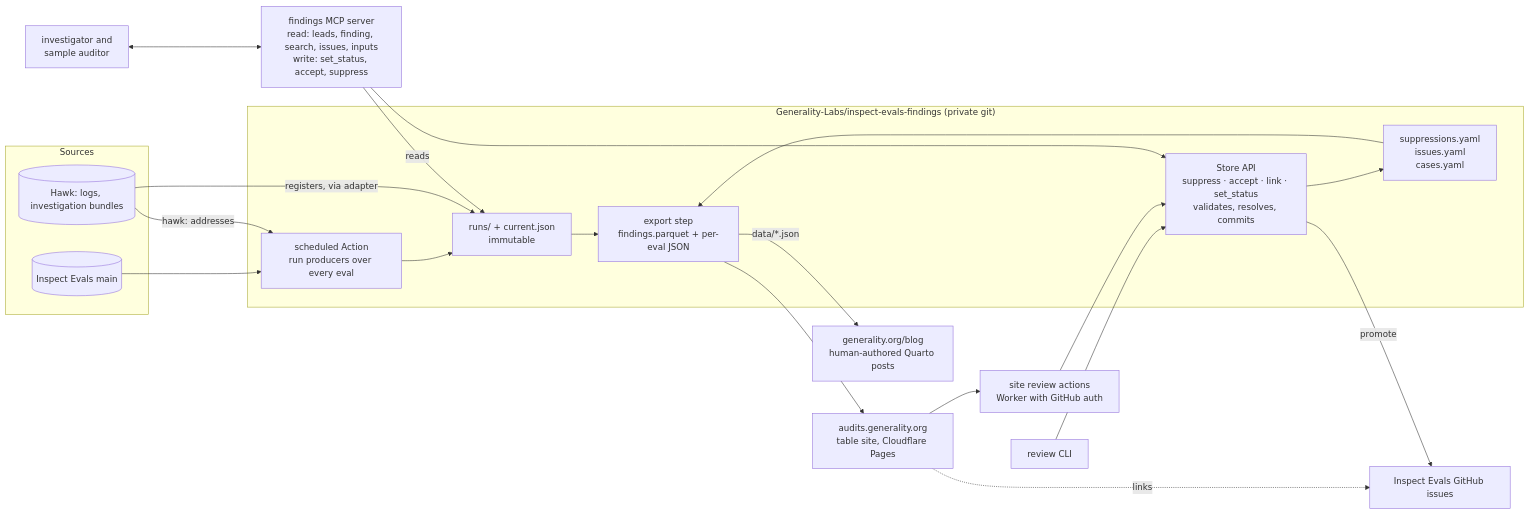
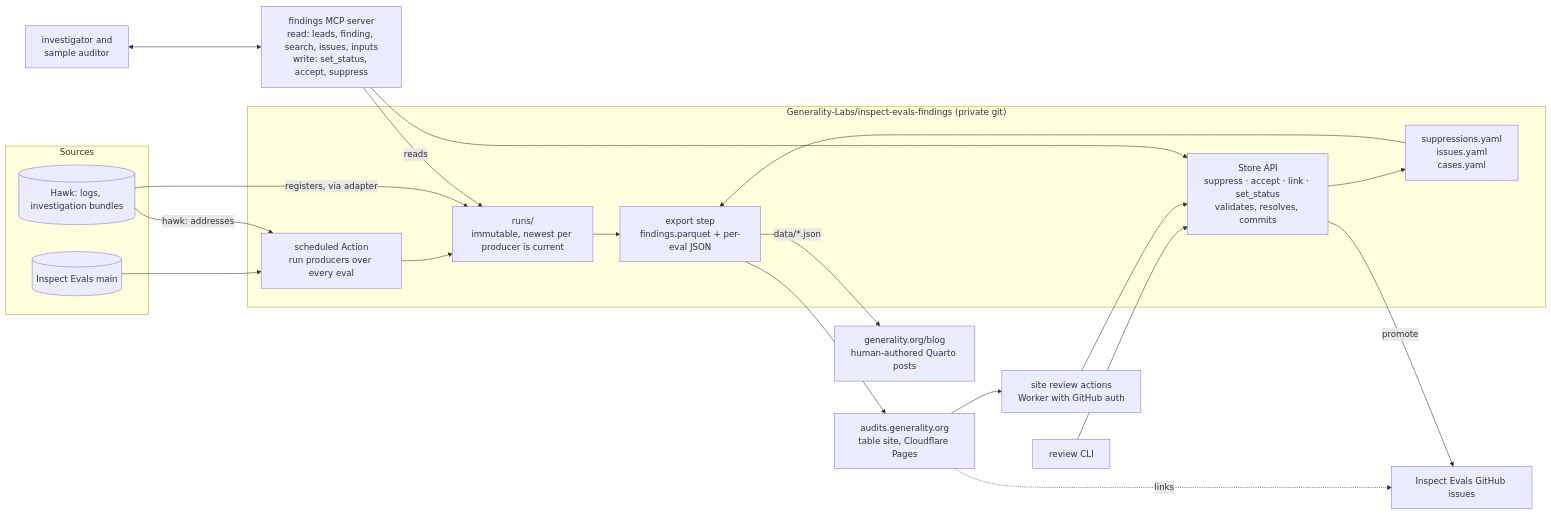
One commit to Generality-Labs/inspect_audit changed the diagram in docs/v1-architecture.md. Above: the diagram before and after it, drawn with Mermaid. The commit also changed other lines of this file and 5 other files, not shown here.

Commit message:
docs(findings): the review CLI and the derived current view; follow-ups on the roadmap

````diff
--- a/docs/v1-architecture.md
+++ b/docs/v1-architecture.md
@@ -7,31 +7,31 @@
 ```mermaid
 flowchart LR
     subgraph sources["Sources"]
         IE[(Inspect Evals main)]
         HAWK[(Hawk: logs, investigation bundles)]
     end
     subgraph store["Generality-Labs/inspect-evals-findings (private git)"]
         ACT[scheduled Action<br/>run producers over every eval]
-        RUNS[runs/ + current.json<br/>immutable]
+        RUNS[runs/<br/>immutable, newest per producer is current]
         REVIEW[suppressions.yaml<br/>issues.yaml<br/>cases.yaml]
         API[Store API<br/>suppress · accept · link · set_status<br/>validates, resolves, commits]
         EXPORT[export step<br/>findings.parquet + per-eval JSON]
         ACT --> RUNS
         API --> REVIEW
         RUNS --> EXPORT
         REVIEW --> EXPORT
     end
     IE --> ACT
     HAWK -- hawk: addresses --> ACT
     HAWK -- registers, via adapter --> RUNS
     CLI[review CLI] --> API
     WORKER[site review actions<br/>Worker with GitHub auth] --> API
     MCP[findings MCP server<br/>read: leads, finding, search, issues, inputs<br/>write: set_status, accept, suppress] --> API
     MCP -- reads --> RUNS
     AGENTS[investigator and<br/>sample auditor] <--> MCP
     EXPORT --> SITE[audits.generality.org<br/>table site, Cloudflare Pages]
     SITE --> WORKER
     EXPORT -- data/*.json --> BLOG[generality.org/blog<br/>human-authored Quarto posts]
     API -- promote --> GH[Inspect Evals GitHub issues]
     SITE -.links.-> GH
 ```
````
